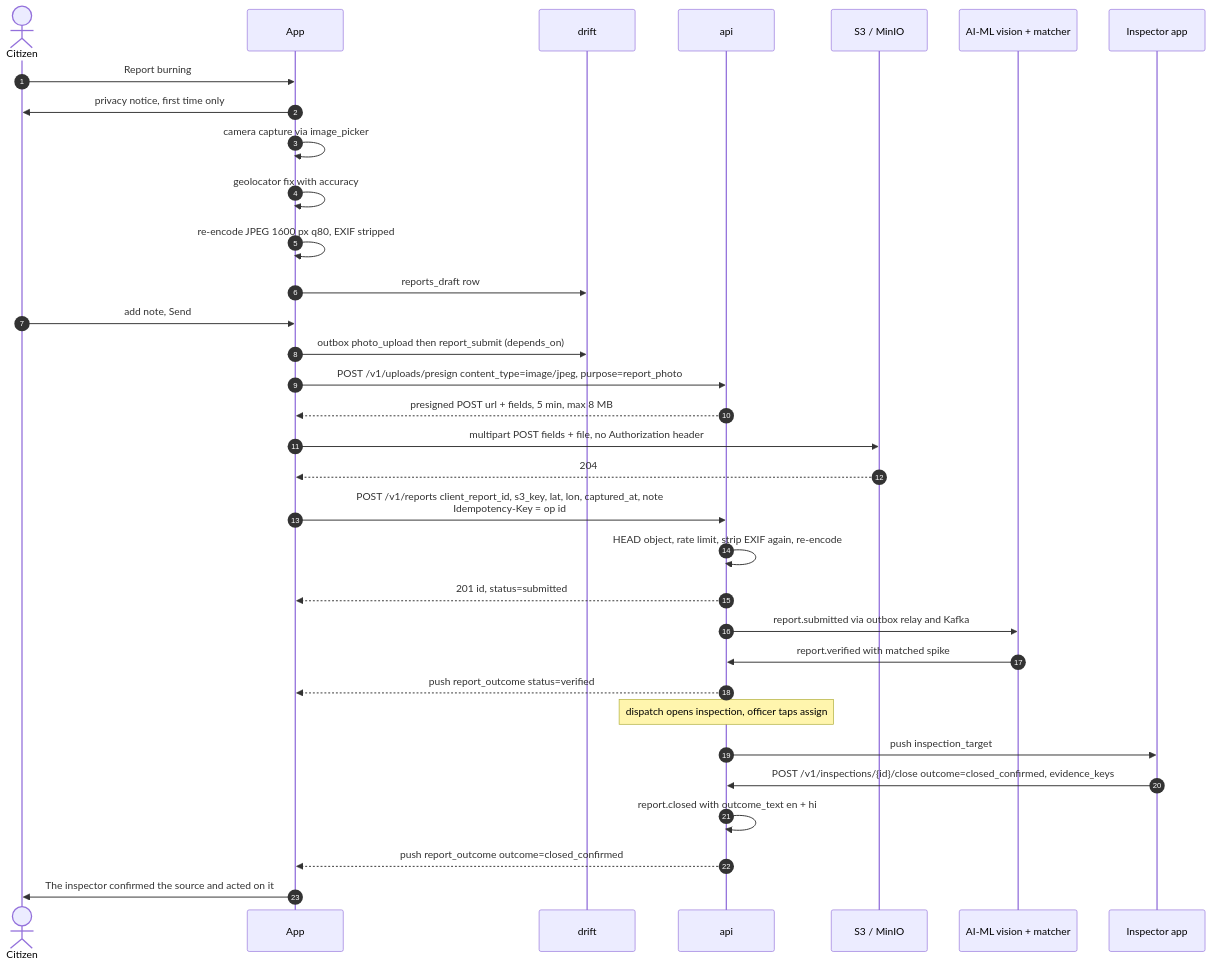
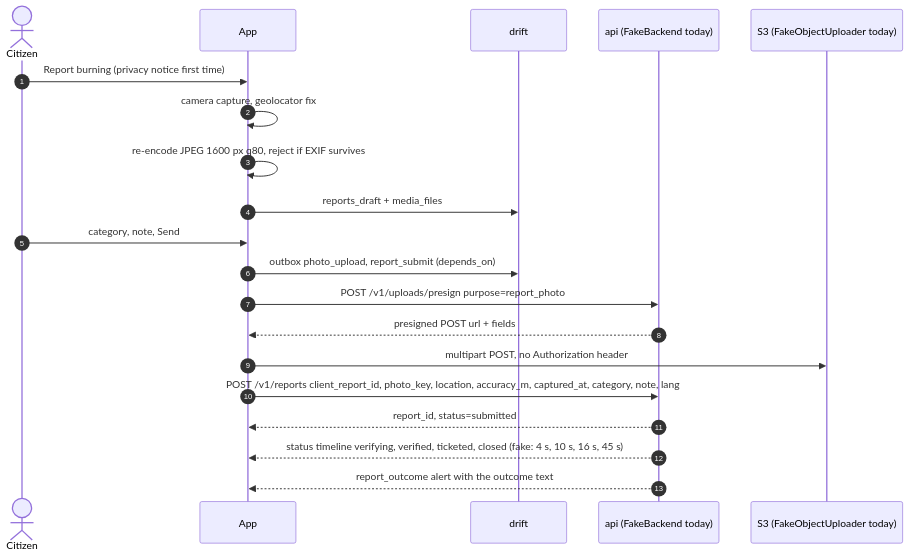
Before and after one commit to shankywho/HawaCommand: the fourth of 4 diagrams in docs/app/ARCHITECTURE.md, drawn with Mermaid. The commit also changed other lines of this file and 56 other files, not shown here.

````diff
--- a/docs/app/ARCHITECTURE.md
+++ b/docs/app/ARCHITECTURE.md
@@ -932,35 +768,22 @@
 ```mermaid
 sequenceDiagram
   autonumber
   actor C as Citizen
   participant A as App
   participant DB as drift
-  participant API as api
-  participant S3 as S3 / MinIO
-  participant AI as AI-ML vision + matcher
-  participant I as Inspector app
-  C->>A: Report burning
-  A->>C: privacy notice, first time only
-  A->>A: camera capture via image_picker
-  A->>A: geolocator fix with accuracy
-  A->>A: re-encode JPEG 1600 px q80, EXIF stripped
-  A->>DB: reports_draft row
-  C->>A: add note, Send
-  A->>DB: outbox photo_upload then report_submit (depends_on)
-  A->>API: POST /v1/uploads/presign content_type=image/jpeg, purpose=report_photo
-  API-->>A: presigned POST url + fields, 5 min, max 8 MB
-  A->>S3: multipart POST fields + file, no Authorization header
-  S3-->>A: 204
-  A->>API: POST /v1/reports client_report_id, s3_key, lat, lon, captured_at, note<br/>Idempotency-Key = op id
-  API->>API: HEAD object, rate limit, strip EXIF again, re-encode
-  API-->>A: 201 id, status=submitted
-  API->>AI: report.submitted via outbox relay and Kafka
-  AI->>API: report.verified with matched spike
-  API-->>A: push report_outcome status=verified
-  Note over API: dispatch opens inspection, officer taps assign
-  API->>I: push inspection_target
-  I->>API: POST /v1/inspections/{id}/close outcome=closed_confirmed, evidence_keys
-  API->>API: report.closed with outcome_text en + hi
-  API-->>A: push report_outcome outcome=closed_confirmed
-  A->>C: The inspector confirmed the source and acted on it
+  participant API as api (FakeBackend today)
+  participant S3 as S3 (FakeObjectUploader today)
+  C->>A: Report burning (privacy notice first time)
+  A->>A: camera capture, geolocator fix
+  A->>A: re-encode JPEG 1600 px q80, reject if EXIF survives
+  A->>DB: reports_draft + media_files
+  C->>A: category, note, Send
+  A->>DB: outbox photo_upload, report_submit (depends_on)
+  A->>API: POST /v1/uploads/presign purpose=report_photo
+  API-->>A: presigned POST url + fields
+  A->>S3: multipart POST, no Authorization header
+  A->>API: POST /v1/reports client_report_id, photo_key, location, accuracy_m, captured_at, category, note, lang
+  API-->>A: report_id, status=submitted
+  API-->>A: status timeline verifying, verified, ticketed, closed (fake: 4 s, 10 s, 16 s, 45 s)
+  API-->>A: report_outcome alert with the outcome text
 ```
````
